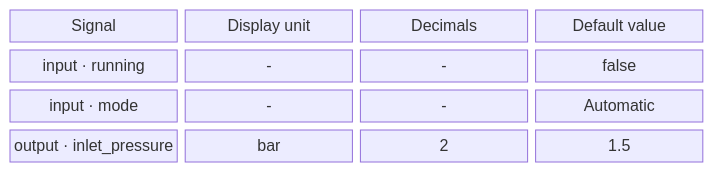
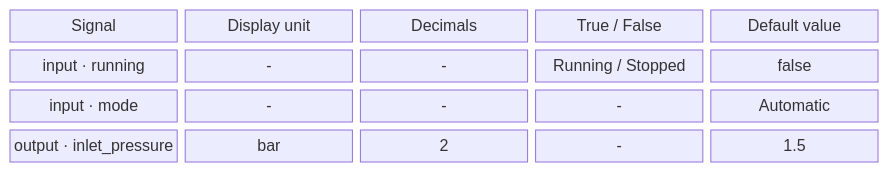
Before and after one commit to AlexandreGallais/synoptic-studio-spec: diagram 39 of 51 in metadata/draft.md, drawn with Mermaid. The commit also changed other lines of this file and 2 other files, not shown here.

First line of the commit message:
docs(metadata): move the boolean texts from the signal to the preset

````diff
--- a/metadata/draft.md
+++ b/metadata/draft.md
@@ -1167,8 +1166,8 @@
 ```mermaid
 block-beta
-    columns 4
-    h1["Signal"] h2["Display unit"] h3["Decimals"] h4["Default value"]
-    a1["input · running"] a2["-"] a3["-"] a4["false"]
-    b1["input · mode"] b2["-"] b3["-"] b4["Automatic"]
-    c1["output · inlet_pressure"] c2["bar"] c3["2"] c4["1.5"]
+    columns 5
+    h1["Signal"] h2["Display unit"] h3["Decimals"] h5["True / False"] h4["Default value"]
+    a1["input · running"] a2["-"] a3["-"] a5["Running / Stopped"] a4["false"]
+    b1["input · mode"] b2["-"] b3["-"] b5["-"] b4["Automatic"]
+    c1["output · inlet_pressure"] c2["bar"] c3["2"] c5["-"] c4["1.5"]
 ```
````
